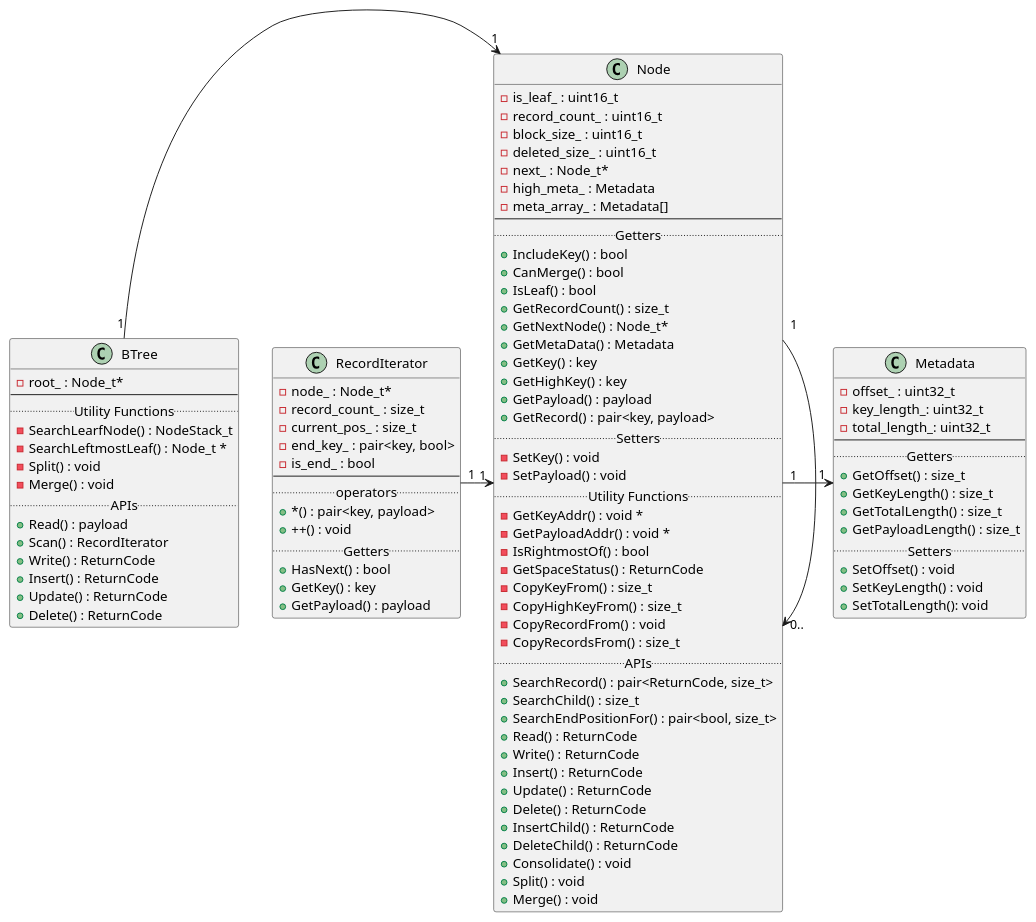
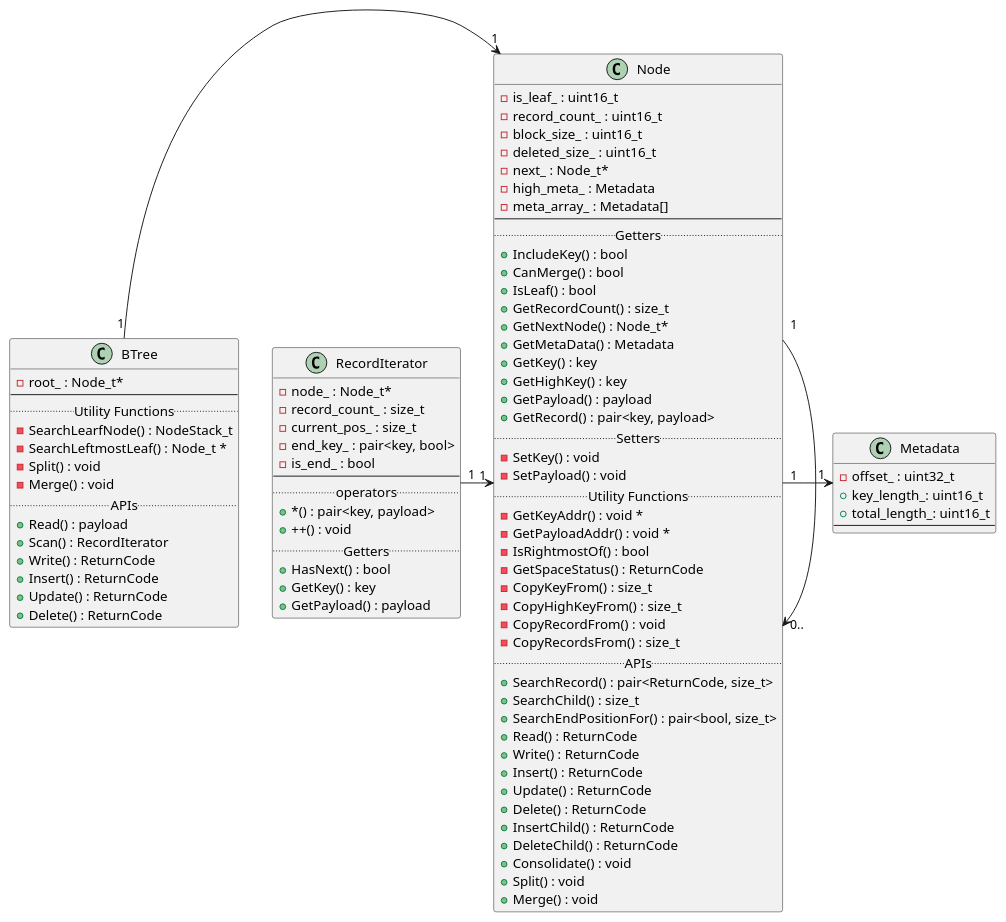
Before and after one commit to dbgroup-nagoya-u/b-tree: the diagram in design_doc/figures/src/b_tree_class.wsd, drawn with PlantUML. The commit also changed 4 other files, not shown here.

```diff
--- a/design_doc/figures/src/b_tree_class.wsd
+++ b/design_doc/figures/src/b_tree_class.wsd
@@ -1,105 +1,96 @@
 @startuml
 
 class BTree{
   -root_ : Node_t*
 --
 .. Utility Functions ..
   -SearchLearfNode() : NodeStack_t
   -SearchLeftmostLeaf() : Node_t *
   -Split() : void
   -Merge() : void
 .. APIs ..
   +Read() : payload
   +Scan() : RecordIterator
   +Write() : ReturnCode
   +Insert() : ReturnCode
   +Update() : ReturnCode
   +Delete() : ReturnCode
 }
 
 class Node{
   -is_leaf_ : uint16_t
   -record_count_ : uint16_t
   -block_size_ : uint16_t
   -deleted_size_ : uint16_t
   -next_ : Node_t*
   -high_meta_ : Metadata
   -meta_array_ : Metadata[]
 --
 .. Getters ..
   +IncludeKey() : bool
   +CanMerge() : bool
   +IsLeaf() : bool
   +GetRecordCount() : size_t
   +GetNextNode() : Node_t*
   +GetMetaData() : Metadata
   +GetKey() : key
   +GetHighKey() : key
   +GetPayload() : payload
   +GetRecord() : pair<key, payload>
 .. Setters ..
   -SetKey() : void
   -SetPayload() : void
 .. Utility Functions ..
   -GetKeyAddr() : void *
   -GetPayloadAddr() : void *
   -IsRightmostOf() : bool
   -GetSpaceStatus() : ReturnCode
   -CopyKeyFrom() : size_t
   -CopyHighKeyFrom() : size_t
   -CopyRecordFrom() : void
   -CopyRecordsFrom() : size_t
 .. APIs ..
   +SearchRecord() : pair<ReturnCode, size_t>
   +SearchChild() : size_t
   +SearchEndPositionFor() : pair<bool, size_t>
   +Read() : ReturnCode
   +Write() : ReturnCode
   +Insert() : ReturnCode
   +Update() : ReturnCode
   +Delete() : ReturnCode
   +InsertChild() : ReturnCode
   +DeleteChild() : ReturnCode
   +Consolidate() : void
   +Split() : void
   +Merge() : void
 }
 
 class Metadata{
   -offset_ : uint32_t
-  -key_length_: uint32_t
-  -total_length_: uint32_t
+  +key_length_: uint16_t
+  +total_length_: uint16_t
 --
-.. Getters ..
-  +GetOffset() : size_t
-  +GetKeyLength() : size_t
-  +GetTotalLength() : size_t
-  +GetPayloadLength() : size_t
-.. Setters ..
-  +SetOffset() : void
-  +SetKeyLength() : void
-  +SetTotalLength(): void
 }
 
 class RecordIterator{
   -node_ : Node_t*
   -record_count_ : size_t
   -current_pos_ : size_t
   -end_key_ : pair<key, bool>
   -is_end_ : bool
 --
 .. operators ..
   + *() : pair<key, payload>
   + ++() : void
 .. Getters ..
   +HasNext() : bool
   +GetKey() : key
   +GetPayload() : payload
 }
 
 BTree "1" -> "1" Node
 Node "1" -> "1" Metadata
 Node "1" -> "0.." Node
 RecordIterator "1" -> "1" Node
 
 @enduml
```
